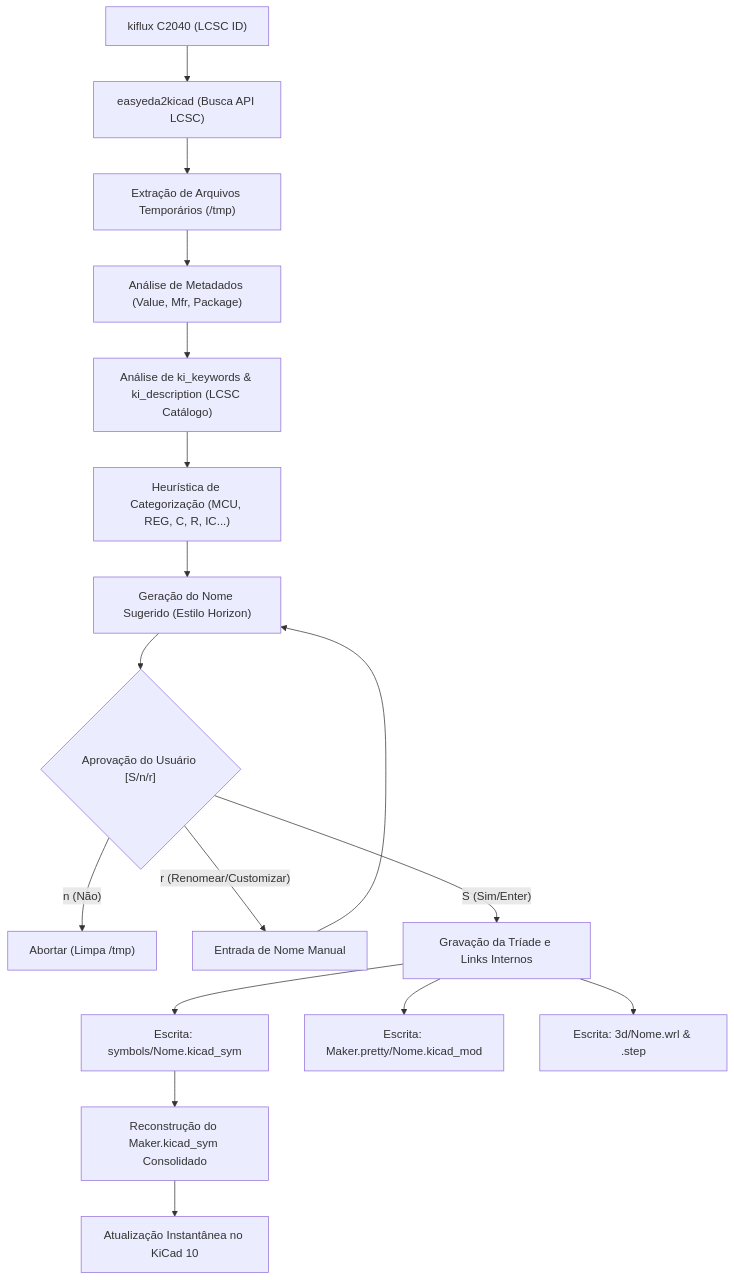
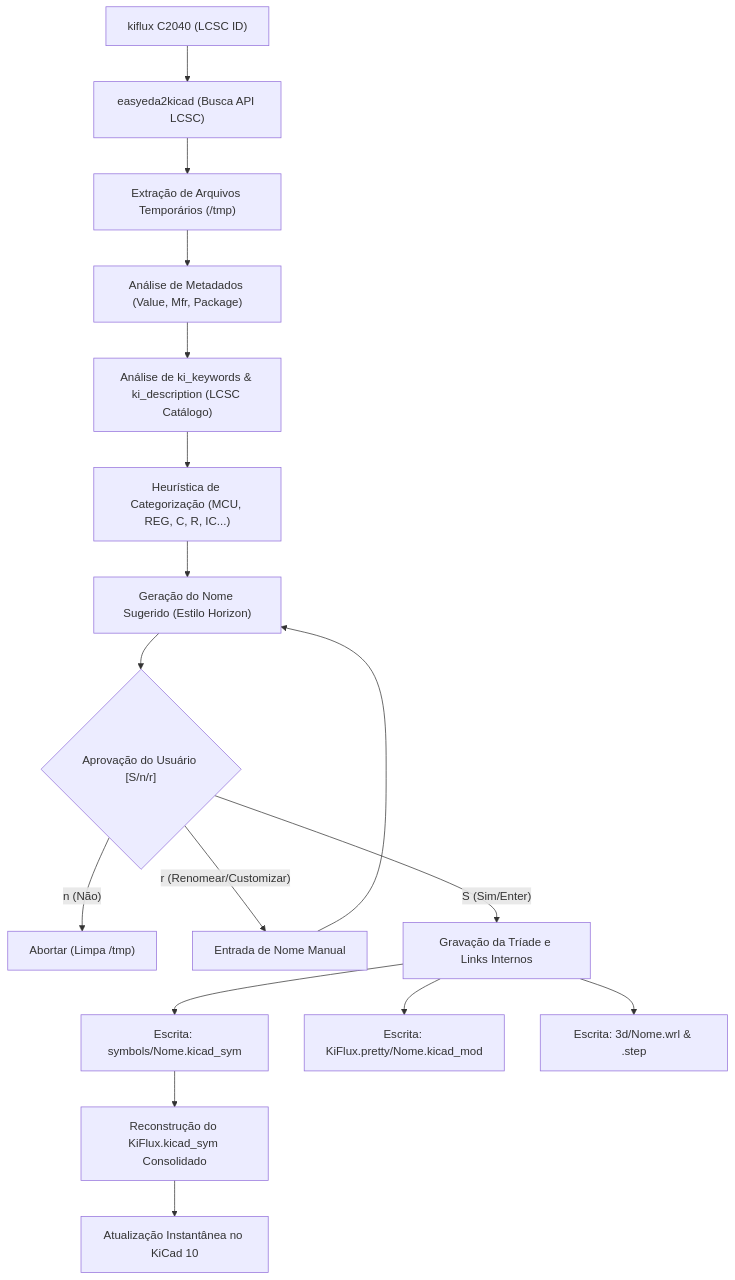
Before and after one commit to oMatheus13/KiFlux: the diagram in README.pt-BR.md, drawn with Mermaid. The commit also changed other lines of this file and 3 other files, not shown here.

````diff
--- a/README.pt-BR.md
+++ b/README.pt-BR.md
@@ -31,19 +42,19 @@
 ```mermaid
 graph TD
     A["kiflux C2040 (LCSC ID)"] --> B["easyeda2kicad (Busca API LCSC)"]
     B --> C["Extração de Arquivos Temporários (/tmp)"]
     C --> D["Análise de Metadados (Value, Mfr, Package)"]
     D --> E["Análise de ki_keywords & ki_description (LCSC Catálogo)"]
     E --> F["Heurística de Categorização (MCU, REG, C, R, IC...)"]
     F --> G["Geração do Nome Sugerido (Estilo Horizon)"]
     G --> H{"Aprovação do Usuário [S/n/r]"}
     H -- "n (Não)" --> I["Abortar (Limpa /tmp)"]
     H -- "r (Renomear/Customizar)" --> IR["Entrada de Nome Manual"]
     IR --> G
     H -- "S (Sim/Enter)" --> J["Gravação da Tríade e Links Internos"]
     J --> K["Escrita: symbols/Nome.kicad_sym"]
-    J --> L["Escrita: Maker.pretty/Nome.kicad_mod"]
+    J --> L["Escrita: KiFlux.pretty/Nome.kicad_mod"]
     J --> M["Escrita: 3d/Nome.wrl & .step"]
-    K --> N["Reconstrução do Maker.kicad_sym Consolidado"]
+    K --> N["Reconstrução do KiFlux.kicad_sym Consolidado"]
     N --> O["Atualização Instantânea no KiCad 10"]
 ```
````
